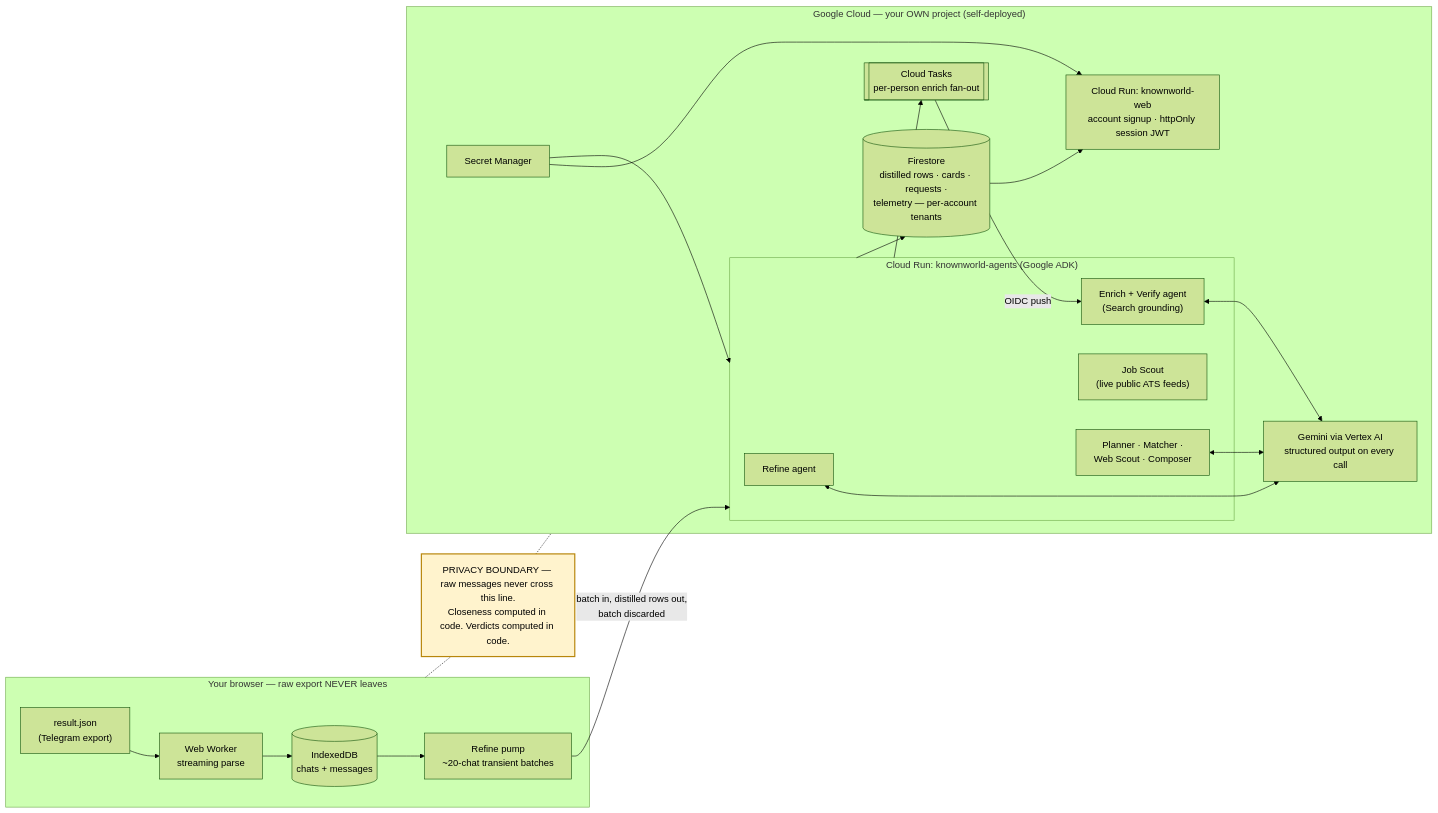
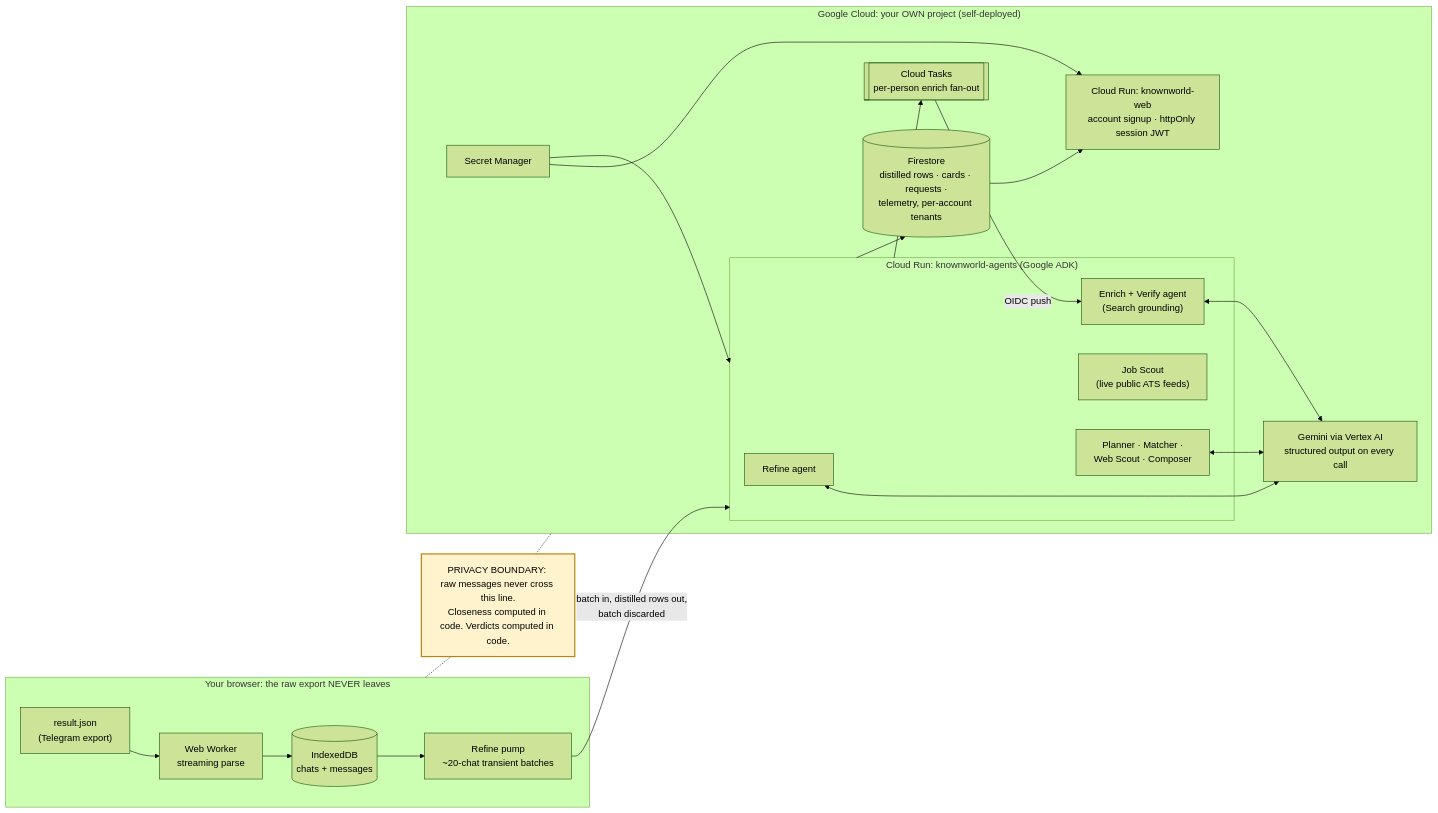
The diagram in README.md (OGcryptonaut/knownworld), drawn with Mermaid (forest theme) before and after one commit. The commit also changed other lines of this file and 43 other files, not shown here.

````diff
--- a/README.md
+++ b/README.md
@@ -81,40 +87,40 @@
 ```mermaid
 flowchart LR
-    subgraph BROWSER["Your browser — raw export NEVER leaves"]
+    subgraph BROWSER["Your browser: the raw export NEVER leaves"]
         RJ["result.json<br/>(Telegram export)"]
         WW["Web Worker<br/>streaming parse"]
         IDB[("IndexedDB<br/>chats + messages")]
         PUMP["Refine pump<br/>~20-chat transient batches"]
         RJ --> WW --> IDB --> PUMP
     end
 
     PUMP -- "batch in, distilled rows out,<br/>batch discarded" --> ADK
 
-    subgraph GCP["Google Cloud — your OWN project (self-deployed)"]
+    subgraph GCP["Google Cloud: your OWN project (self-deployed)"]
         subgraph ADK["Cloud Run: knownworld-agents (Google ADK)"]
             REF["Refine agent"]
             ENR["Enrich + Verify agent<br/>(Search grounding)"]
             SCOUT["Job Scout<br/>(live public ATS feeds)"]
             REQ["Planner · Matcher ·<br/>Web Scout · Composer"]
         end
         VERTEX["Gemini via Vertex AI<br/>structured output on every call"]
-        FS[("Firestore<br/>distilled rows · cards · requests ·<br/>telemetry — per-account tenants")]
+        FS[("Firestore<br/>distilled rows · cards · requests ·<br/>telemetry, per-account tenants")]
         TASKS[["Cloud Tasks<br/>per-person enrich fan-out"]]
         WEB["Cloud Run: knownworld-web<br/>account signup · httpOnly session JWT"]
         SM["Secret Manager"]
 
         REF <--> VERTEX
         ENR <--> VERTEX
         REQ <--> VERTEX
         ADK --> FS
         ADK --> TASKS
         TASKS -- "OIDC push" --> ENR
         FS --> WEB
         SM --> ADK
         SM --> WEB
     end
 
-    BOUNDARY["PRIVACY BOUNDARY — raw messages never cross this line.<br/>Closeness computed in code. Verdicts computed in code."]
+    BOUNDARY["PRIVACY BOUNDARY: raw messages never cross this line.<br/>Closeness computed in code. Verdicts computed in code."]
     BROWSER -.- BOUNDARY -.- GCP
     style BOUNDARY fill:#fff3cd,stroke:#b8860b,stroke-width:2px
 ```
````
